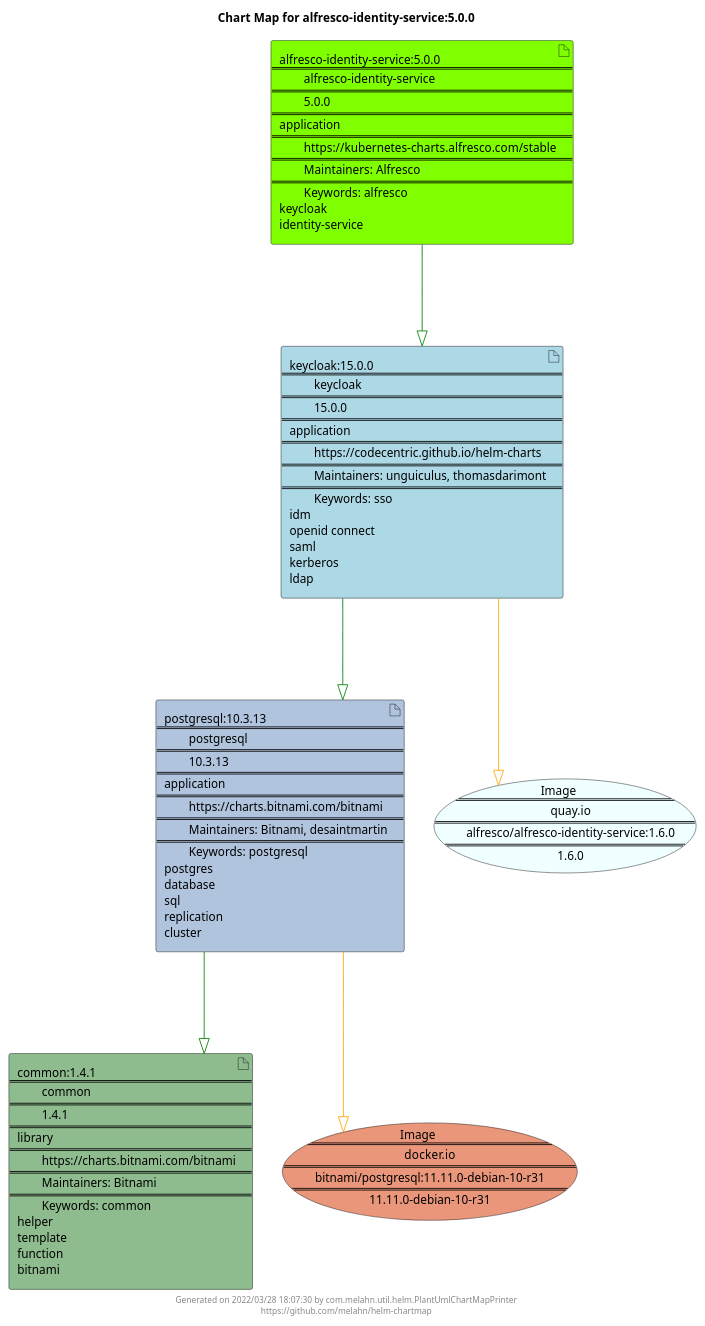
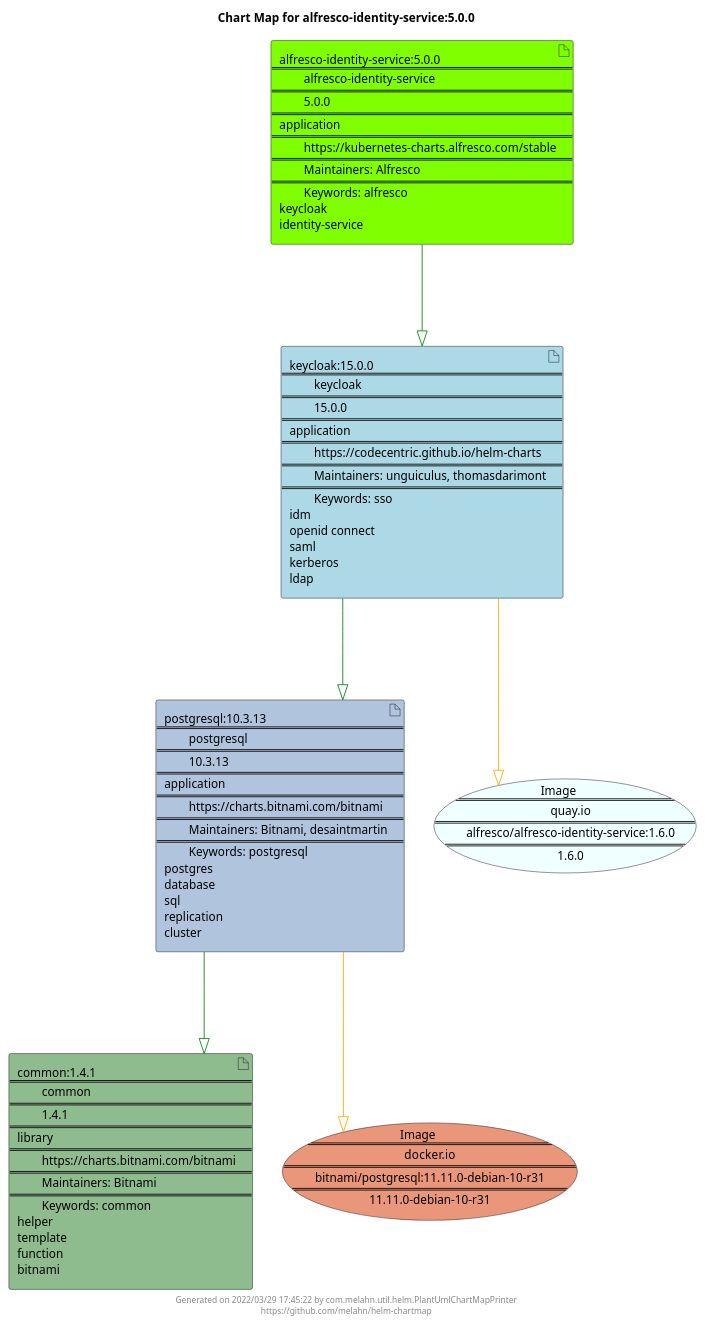
One commit to melahn/helm-chartmap changed the diagram in docs/alfresco-identity-service/alfresco-identity-service-5.0.0.puml. Above: the diagram before and after it, drawn with PlantUML. The commit also changed 55 other files, not shown here.

Commit message:
Update Example Chart Maps as part of GitHub build

```diff
--- a/docs/alfresco-identity-service/alfresco-identity-service-5.0.0.puml
+++ b/docs/alfresco-identity-service/alfresco-identity-service-5.0.0.puml
@@ -1,29 +1,29 @@
 @startuml
 skinparam linetype ortho
 skinparam backgroundColor white
 skinparam usecaseBorderColor black
 skinparam usecaseArrowColor LightSlateGray
 skinparam artifactBorderColor black
 skinparam artifactArrowColor LightSlateGray
 
 title Chart Map for alfresco-identity-service:5.0.0
 
 'There are 4 referenced Helm Charts
 artifact "common:1.4.1\n====\n\tcommon\n====\n\t1.4.1\n====\nlibrary\n====\n\thttps://charts.bitnami.com/bitnami\n====\n\tMaintainers: Bitnami\n====\n\tKeywords: common\nhelper\ntemplate\nfunction\nbitnami" as common_1_4_1 #DarkSeaGreen
 artifact "alfresco-identity-service:5.0.0\n====\n\talfresco-identity-service\n====\n\t5.0.0\n====\napplication\n====\n\thttps://kubernetes-charts.alfresco.com/stable\n====\n\tMaintainers: Alfresco\n====\n\tKeywords: alfresco\nkeycloak\nidentity-service" as alfresco_identity_service_5_0_0 #Chartreuse
 artifact "postgresql:10.3.13\n====\n\tpostgresql\n====\n\t10.3.13\n====\napplication\n====\n\thttps://charts.bitnami.com/bitnami\n====\n\tMaintainers: Bitnami, desaintmartin\n====\n\tKeywords: postgresql\npostgres\ndatabase\nsql\nreplication\ncluster" as postgresql_10_3_13 #LightSteelBlue
 artifact "keycloak:15.0.0\n====\n\tkeycloak\n====\n\t15.0.0\n====\napplication\n====\n\thttps://codecentric.github.io/helm-charts\n====\n\tMaintainers: unguiculus, thomasdarimont\n====\n\tKeywords: sso\nidm\nopenid connect\nsaml\nkerberos\nldap" as keycloak_15_0_0 #LightBlue
 
 'There are 2 referenced Docker Images
 usecase "Image\n====\n\tquay.io\n====\n\talfresco/alfresco-identity-service:1.6.0\n====\n\t1.6.0" as quay_io_alfresco_alfresco_identity_service_1_6_0 #Azure
 usecase "Image\n====\n\tdocker.io\n====\n\tbitnami/postgresql:11.11.0-debian-10-r31\n====\n\t11.11.0-debian-10-r31" as docker_io_bitnami_postgresql_11_11_0_debian_10_r31 #DarkSalmon
 
 'Chart Dependencies
 alfresco_identity_service_5_0_0--[#green]-|>keycloak_15_0_0
 keycloak_15_0_0--[#green]-|>postgresql_10_3_13
 postgresql_10_3_13--[#green]-|>common_1_4_1
 postgresql_10_3_13--[#orange]-|>docker_io_bitnami_postgresql_11_11_0_debian_10_r31
 keycloak_15_0_0--[#orange]-|>quay_io_alfresco_alfresco_identity_service_1_6_0
 
-center footer Generated on 2022/03/28 18:07:30 by com.melahn.util.helm.PlantUmlChartMapPrinter\nhttps://github.com/melahn/helm-chartmap
+center footer Generated on 2022/03/29 17:45:22 by com.melahn.util.helm.PlantUmlChartMapPrinter\nhttps://github.com/melahn/helm-chartmap
 @enduml
```
